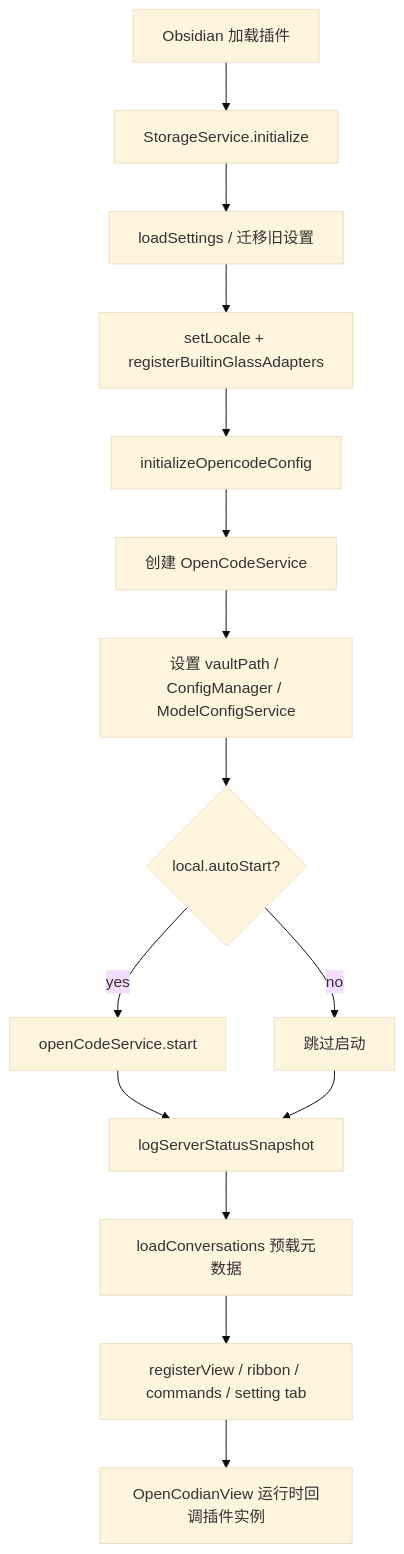
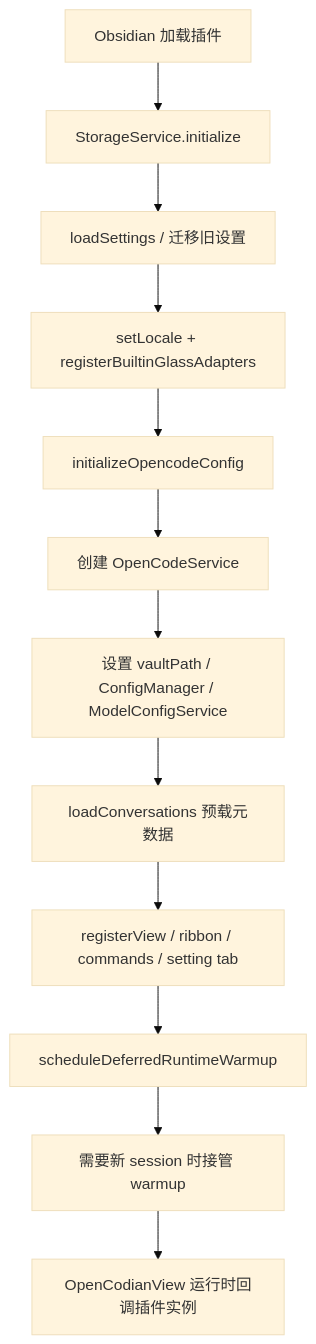
The diagram in docs/modules/entry-point/main.md (OCDcreator/opencodian), drawn with Mermaid (base theme) before and after one commit. The commit also changed other lines of this file and 3 other files, not shown here.

Commit message:
fix: unblock view open during deferred runtime warmup

````diff
--- a/docs/modules/entry-point/main.md
+++ b/docs/modules/entry-point/main.md
@@ -182,17 +181,14 @@
 ```mermaid
 graph TD
     A[Obsidian 加载插件] --> B[StorageService.initialize]
     B --> C[loadSettings / 迁移旧设置]
     C --> D[setLocale + registerBuiltinGlassAdapters]
     D --> E[initializeOpencodeConfig]
     E --> F[创建 OpenCodeService]
     F --> G[设置 vaultPath / ConfigManager / ModelConfigService]
-    G --> H{local.autoStart?}
-    H -->|yes| I[openCodeService.start]
-    H -->|no| J[跳过启动]
-    I --> K[logServerStatusSnapshot]
-    J --> K
-    K --> L[loadConversations 预载元数据]
-    L --> M[registerView / ribbon / commands / setting tab]
-    M --> N[OpenCodianView 运行时回调插件实例]
+    G --> H[loadConversations 预载元数据]
+    H --> I[registerView / ribbon / commands / setting tab]
+    I --> J[scheduleDeferredRuntimeWarmup]
+    J --> K[需要新 session 时接管 warmup]
+    K --> L[OpenCodianView 运行时回调插件实例]
 ```
````
